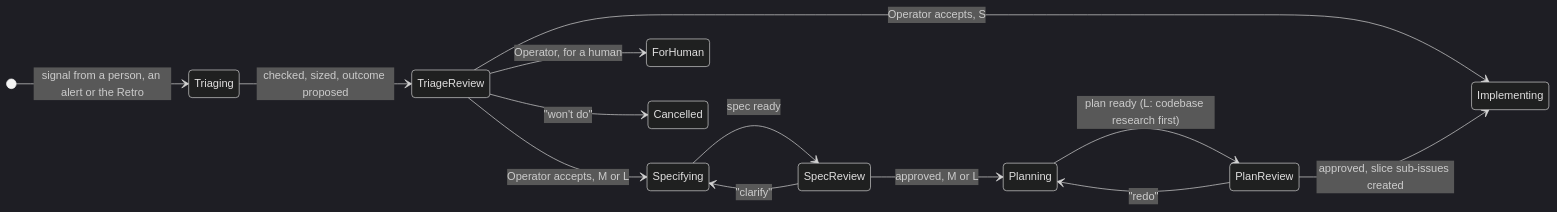
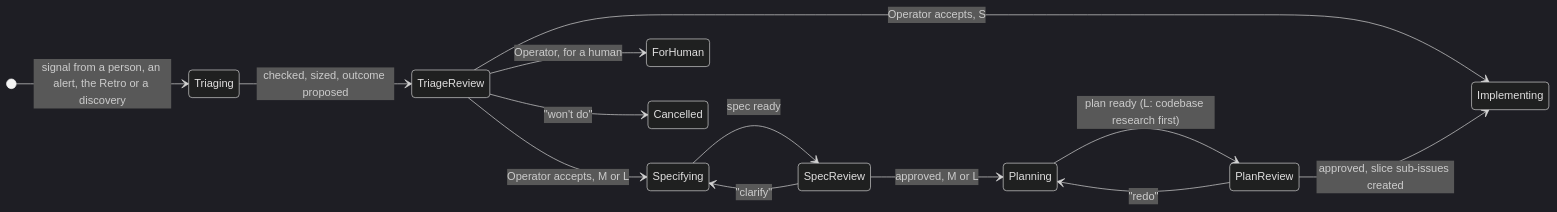
Before and after one commit to redikultsev/agentic-sdlc-atlas: the first of 2 diagrams in docs/states.md, drawn with Mermaid (dark theme). The commit also changed 6 other files, not shown here.

````diff
--- a/docs/states.md
+++ b/docs/states.md
@@ -7,16 +7,16 @@
 ```mermaid
 stateDiagram-v2
   direction LR
-  [*] --> Triaging: signal from a person, an alert or the Retro
+  [*] --> Triaging: signal from a person, an alert, the Retro or a discovery
   Triaging --> TriageReview: checked, sized, outcome proposed
   TriageReview --> Implementing: Operator accepts, S
   TriageReview --> Specifying: Operator accepts, M or L
   TriageReview --> ForHuman: Operator, for a human
   TriageReview --> Cancelled: "won't do"
   Specifying --> SpecReview: spec ready
   SpecReview --> Specifying: "clarify"
   SpecReview --> Planning: approved, M or L
   Planning --> PlanReview: plan ready (L: codebase research first)
   PlanReview --> Planning: "redo"
   PlanReview --> Implementing: approved, slice sub-issues created
 ```
````
